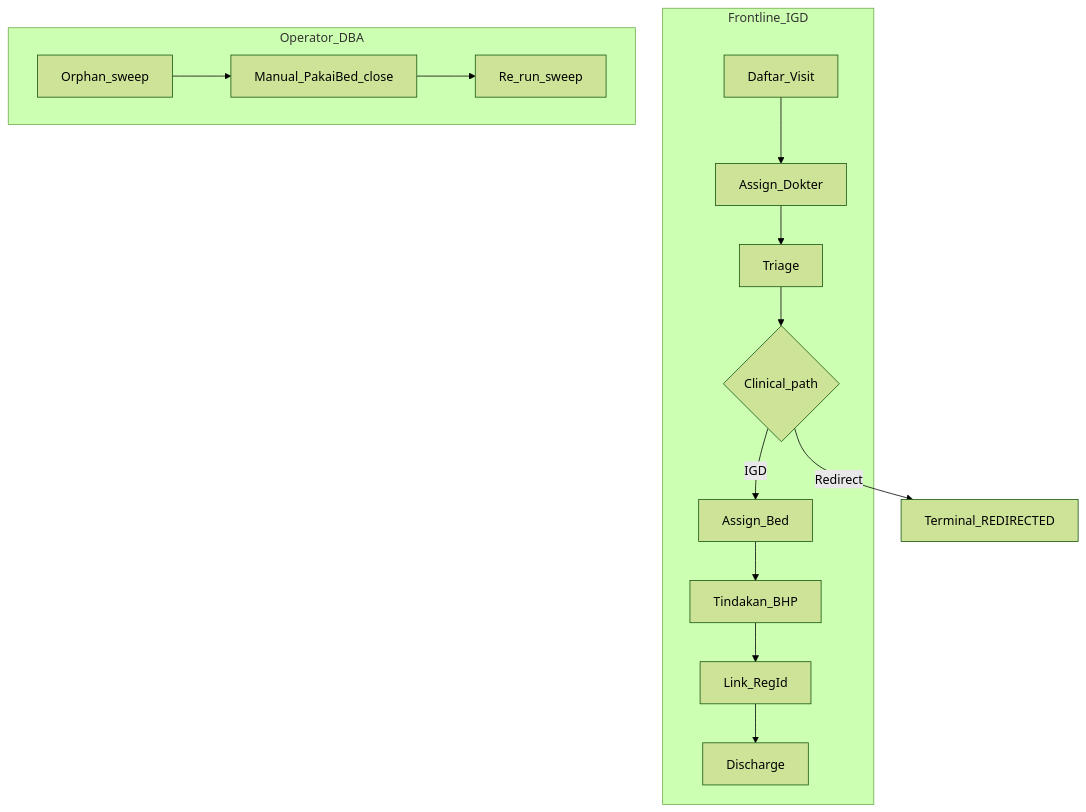
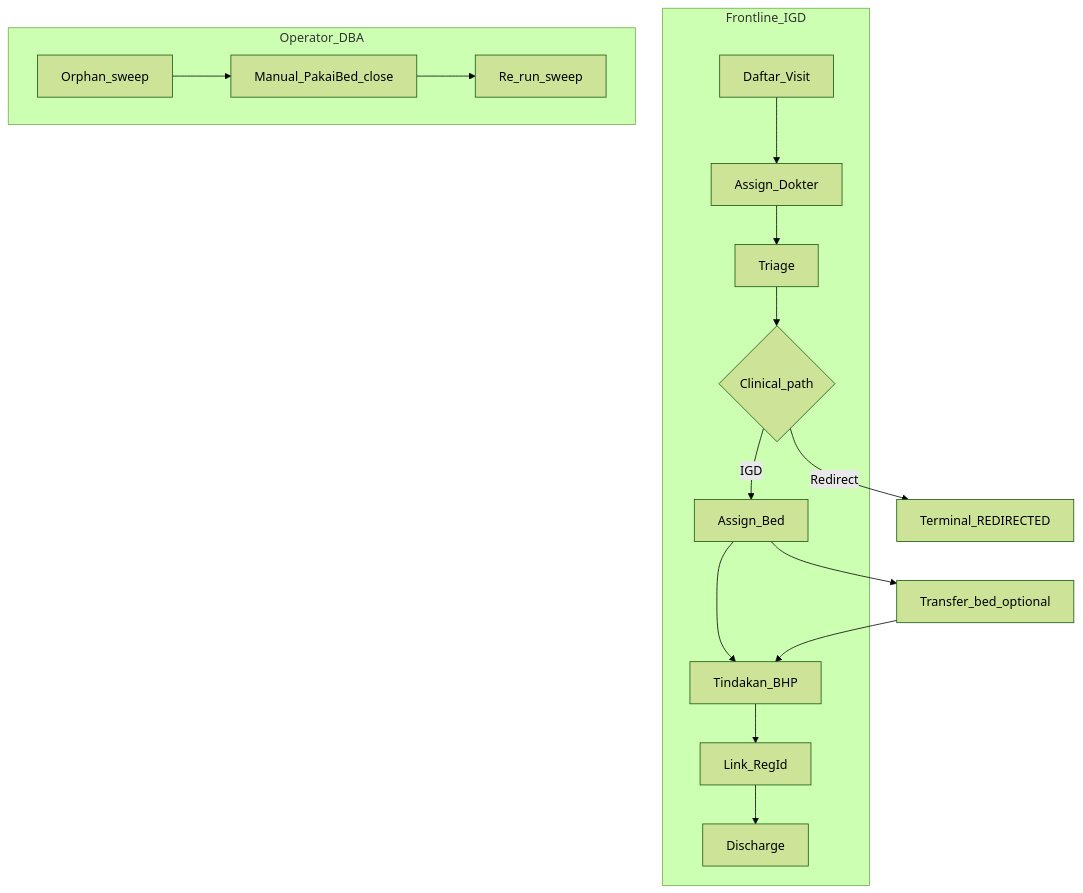
Before and after one commit to smart-ics/b09-bilreg-api: the diagram in docs/contexts/igd/igd-05-runbook.md, drawn with Mermaid (forest theme). The commit also changed other lines of this file and 12 other files, not shown here.

First line of the commit message:
feat(igd): tambah UC04b transfer bed

````diff
--- a/docs/contexts/igd/igd-05-runbook.md
+++ b/docs/contexts/igd/igd-05-runbook.md
@@ -34,22 +35,25 @@
 ```mermaid
 flowchart TD
     subgraph staff [Frontline_IGD]
         S1[Daftar_Visit]
         S2[Assign_Dokter]
         S3[Triage]
         S4{Clinical_path}
         S5[Assign_Bed]
         S6[Tindakan_BHP]
         S7[Link_RegId]
         S8[Discharge]
     end
     subgraph dba [Operator_DBA]
         D1[Orphan_sweep]
         D2[Manual_PakaiBed_close]
         D3[Re_run_sweep]
     end
     S1 --> S2 --> S3 --> S4
     S4 -->|Redirect| R[Terminal_REDIRECTED]
-    S4 -->|IGD| S5 --> S6 --> S7 --> S8
+        S4 -->|IGD| S5 --> S6
+        S5 --> S5b[Transfer_bed_optional]
+        S5b --> S6
+        S6 --> S7 --> S8
     D1 --> D2 --> D3
 ```
````
